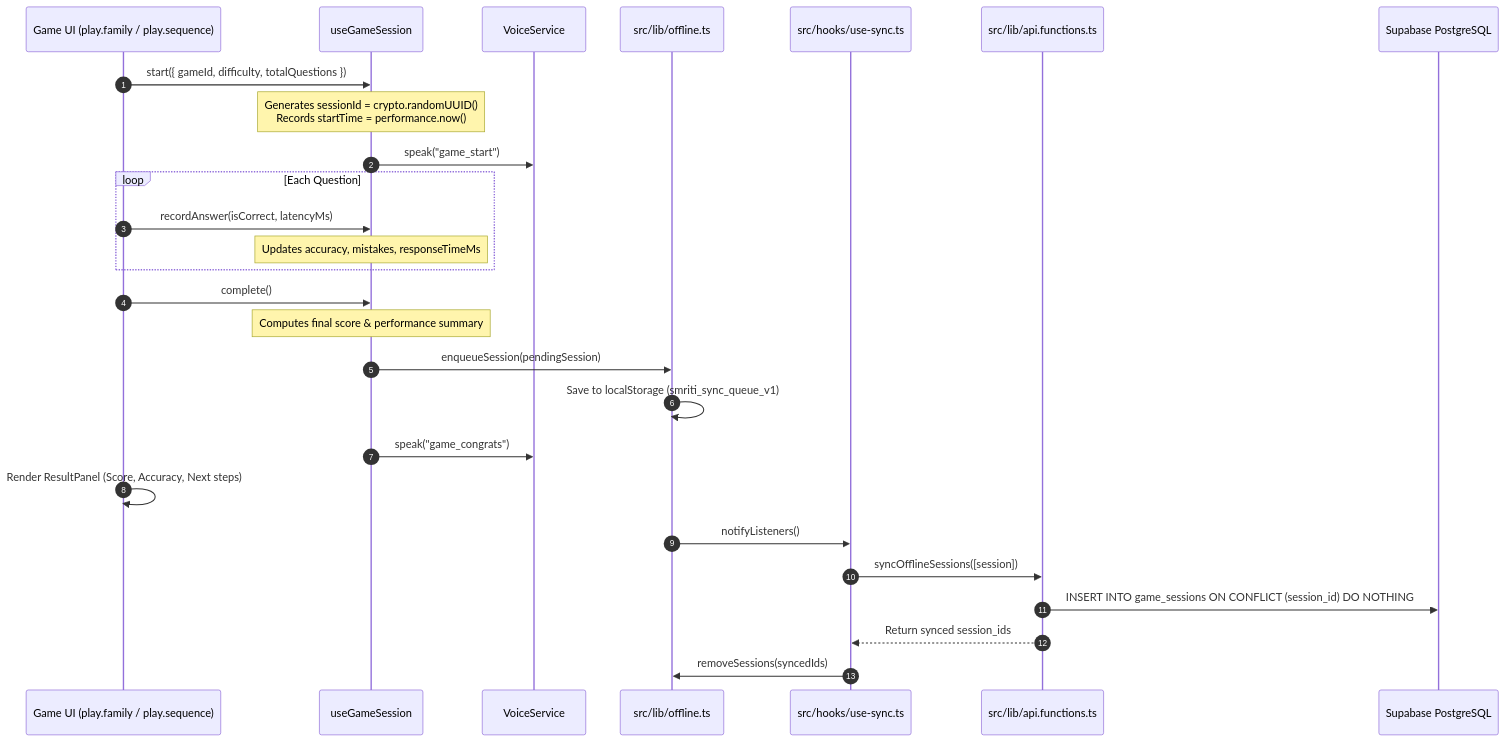
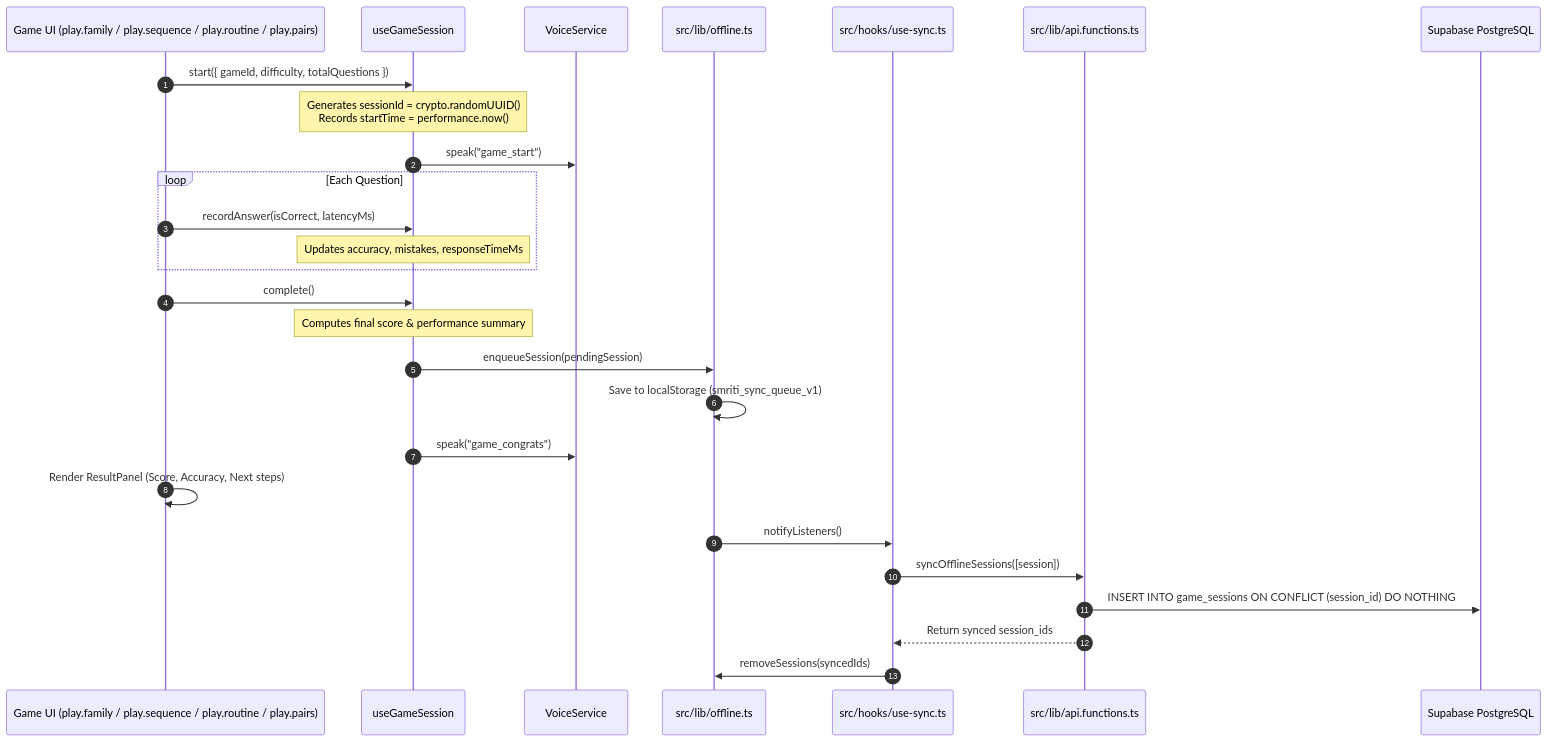
One commit to ABHIJEET-0104/SMRITI-SATHI changed the second of 2 diagrams in FLOW.md. Above: the diagram before and after it, drawn with Mermaid. The commit also changed other lines of this file and 8 other files, not shown here.

Commit message:
feat: add Daily Routine Sequencing and Card Flip Pairs games with multilingual voice and caregiver tracking

````diff
--- a/FLOW.md
+++ b/FLOW.md
@@ -114,33 +118,33 @@
 ```mermaid
 sequenceDiagram
     autonumber
-    participant UI as Game UI (play.family / play.sequence)
+    participant UI as Game UI (play.family / play.sequence / play.routine / play.pairs)
     participant SessionHook as useGameSession
     participant Voice as VoiceService
     participant Offline as src/lib/offline.ts
     participant Sync as src/hooks/use-sync.ts
     participant Server as src/lib/api.functions.ts
     participant DB as Supabase PostgreSQL
 
     UI->>SessionHook: start({ gameId, difficulty, totalQuestions })
     Note over SessionHook: Generates sessionId = crypto.randomUUID()<br/>Records startTime = performance.now()
     SessionHook->>Voice: speak("game_start")
 
     loop Each Question
         UI->>SessionHook: recordAnswer(isCorrect, latencyMs)
         Note over SessionHook: Updates accuracy, mistakes, responseTimeMs
     end
 
     UI->>SessionHook: complete()
     Note over SessionHook: Computes final score & performance summary
     SessionHook->>Offline: enqueueSession(pendingSession)
     Offline->>Offline: Save to localStorage (smriti_sync_queue_v1)
     SessionHook->>Voice: speak("game_congrats")
     UI->>UI: Render ResultPanel (Score, Accuracy, Next steps)
 
     Offline->>Sync: notifyListeners()
     Sync->>Server: syncOfflineSessions([session])
     Server->>DB: INSERT INTO game_sessions ON CONFLICT (session_id) DO NOTHING
     Server-->>Sync: Return synced session_ids
     Sync->>Offline: removeSessions(syncedIds)
 ```
````
